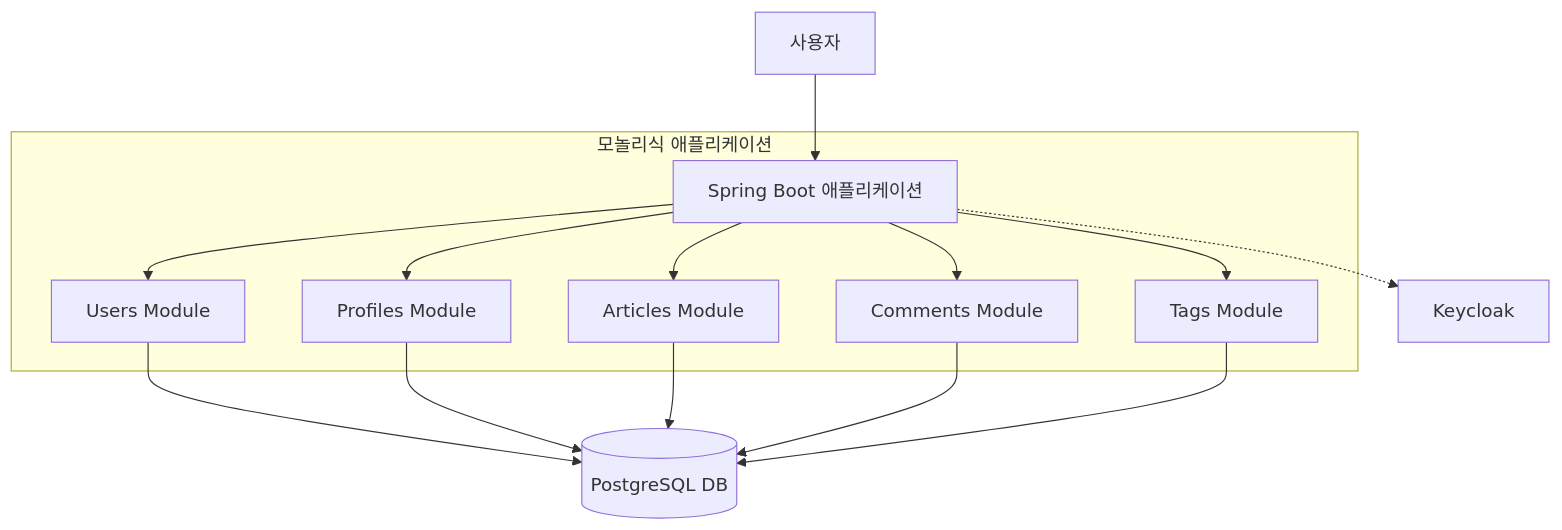
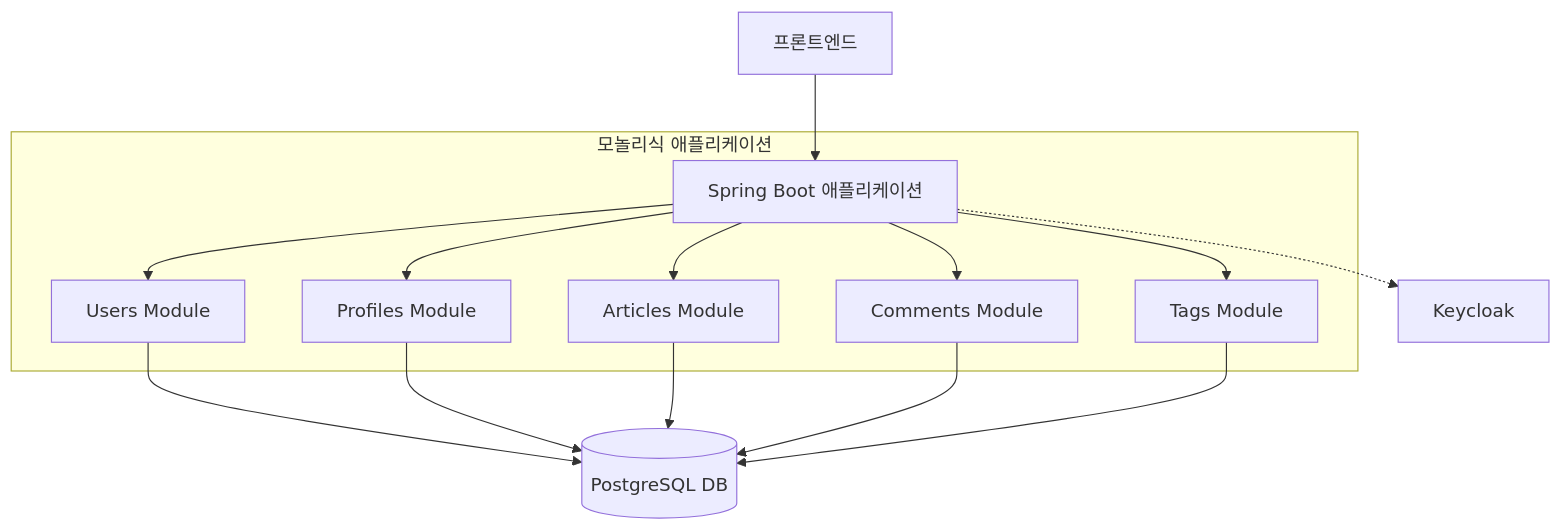
One commit to roboco-io/serverless-realworld-monorepo changed the first of 5 diagrams in apps/backend/docs/migration/microservice-migration-architecture.md. Above: the diagram before and after it, drawn with Mermaid. The commit also changed other lines of this file and 5 other files, not shown here.

Commit message:
docs: 아키텍처 다이어그램을 Mermaid로 변경 및 문서 구조 개선

````diff
--- a/apps/backend/docs/migration/microservice-migration-architecture.md
+++ b/apps/backend/docs/migration/microservice-migration-architecture.md
@@ -13,24 +13,24 @@
 ```mermaid
 graph TD
-    A[사용자] --> B[Spring Boot 애플리케이션]
+    A[프론트엔드] --> B[Spring Boot 애플리케이션]
     B --> C[Users Module]
     B --> D[Profiles Module]
     B --> E[Articles Module]
     B --> F[Comments Module]
     B --> G[Tags Module]
     C --> H[(PostgreSQL DB)]
     D --> H
     E --> H
     F --> H
     G --> H
     B -.-> I[Keycloak]
     
     subgraph "모놀리식 애플리케이션"
         B
         C
         D
         E
         F
         G
     end
 ```
````
